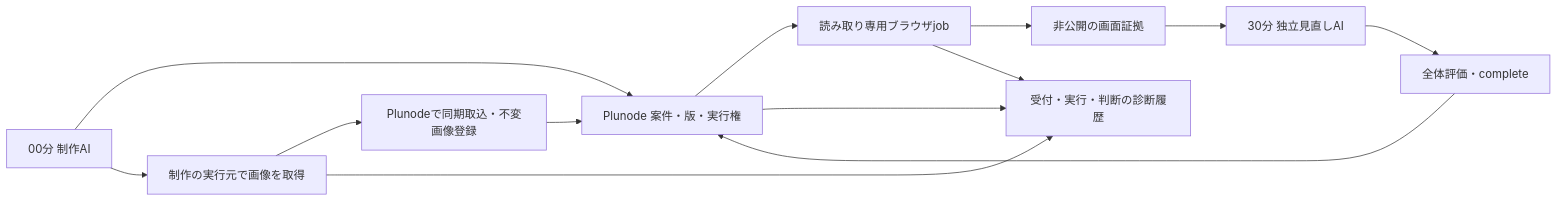
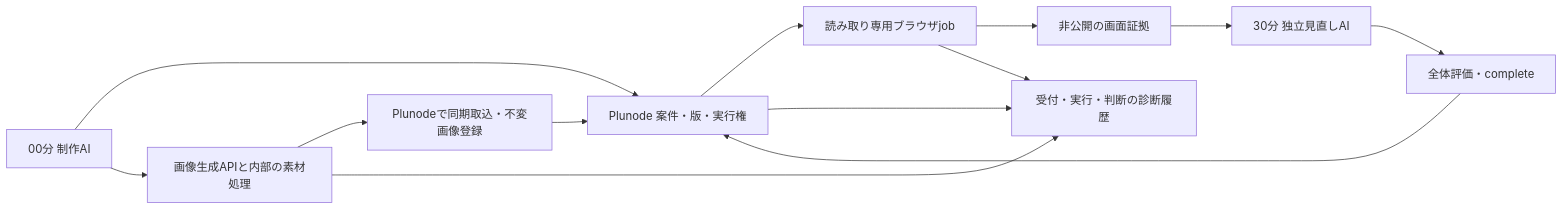
One commit to isinxnisi/graph-knowledge changed the diagram in docs/design/THEME_PRODUCTION_AUTOMATION_20261120.md. Above: the diagram before and after it, drawn with Mermaid. The commit also changed other lines of this file and 29 other files, not shown here.

````diff
--- a/docs/design/THEME_PRODUCTION_AUTOMATION_20261120.md
+++ b/docs/design/THEME_PRODUCTION_AUTOMATION_20261120.md
@@ -9,15 +9,15 @@
 ```mermaid
 flowchart LR
   P[00分 制作AI] --> C[Plunode 案件・版・実行権]
-  P --> I[制作の実行元で画像を取得]
+  P --> I[画像生成APIと内部の素材処理]
   I --> A[Plunodeで同期取込・不変画像登録]
   A --> C
   C --> B[読み取り専用ブラウザjob]
   B --> E[非公開の画面証拠]
   E --> R[30分 独立見直しAI]
   R --> F[全体評価・complete]
   F --> C
   C --> L[受付・実行・判断の診断履歴]
   I --> L
   B --> L
 ```
````
